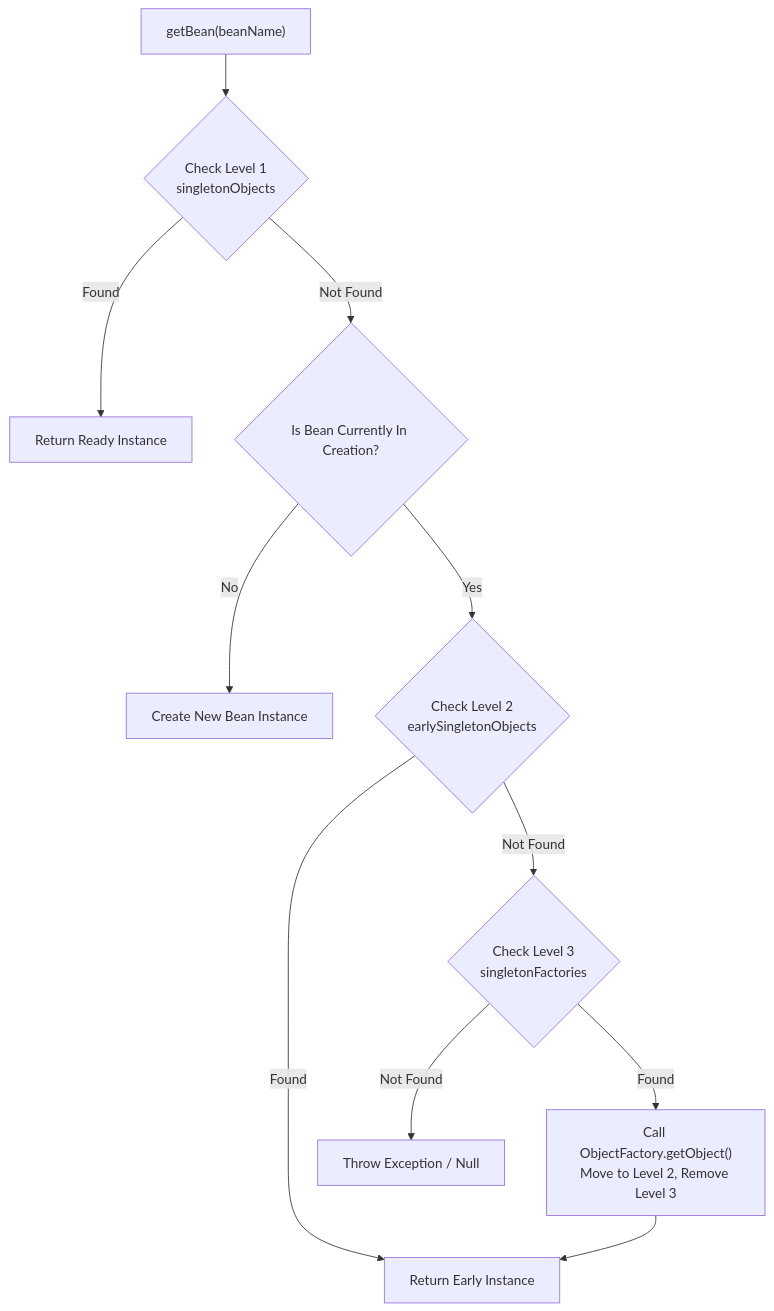
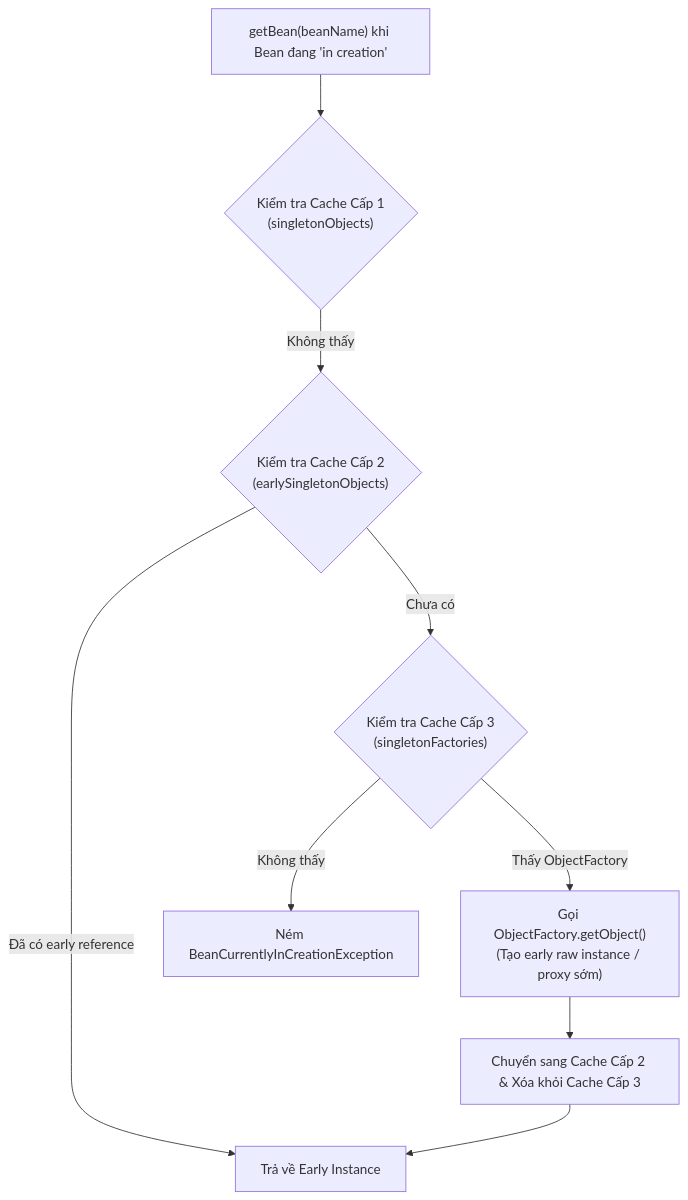
One commit to MaiTheHao/docs changed the seventh of 9 diagrams in temporary/spring_boot/001.md. Above: the diagram before and after it, drawn with Mermaid. The commit also changed other lines of this file and 6 other files, not shown here.

````diff
--- a/temporary/spring_boot/001.md
+++ b/temporary/spring_boot/001.md
@@ -451,16 +501,14 @@
 ```mermaid
 flowchart TD
-    accTitle: Three Level Cache Lookup Flow
-    accDescr: Sequence of checking cache levels to retrieve or resolve a singleton bean instance.
+    accTitle: Circular Dependency Cache Lookup Flow
+    accDescr: Simplified sequence of checking 3-level cache to resolve circular dependency between beans.
 
-    reqNode["getBean(beanName)"] --> lvl1Node{"Check Level 1<br/>singletonObjects"}
-    lvl1Node -- "Found" --> returnNode["Return Ready Instance"]
-    lvl1Node -- "Not Found" --> checkCreating{"Is Bean Currently In Creation?"}
-    checkCreating -- "No" --> createNode["Create New Bean Instance"]
-    checkCreating -- "Yes" --> lvl2Node{"Check Level 2<br/>earlySingletonObjects"}
-    lvl2Node -- "Found" --> returnEarly["Return Early Instance"]
-    lvl2Node -- "Not Found" --> lvl3Node{"Check Level 3<br/>singletonFactories"}
-    lvl3Node -- "Found" --> genNode["Call ObjectFactory.getObject()<br/>Move to Level 2, Remove Level 3"]
-    genNode --> returnEarly
-    lvl3Node -- "Not Found" --> errNode["Throw Exception / Null"]
+    reqNode["getBean(beanName) khi Bean đang 'in creation'"] --> lvl1Node{"Kiểm tra Cache Cấp 1<br/>(singletonObjects)"}
+    lvl1Node -- "Không thấy" --> lvl2Node{"Kiểm tra Cache Cấp 2<br/>(earlySingletonObjects)"}
+    lvl2Node -- "Đã có early reference" --> returnEarly["Trả về Early Instance"]
+    lvl2Node -- "Chưa có" --> lvl3Node{"Kiểm tra Cache Cấp 3<br/>(singletonFactories)"}
+    lvl3Node -- "Thấy ObjectFactory" --> genNode["Gọi ObjectFactory.getObject()<br/>(Tạo early raw instance / proxy sớm)"]
+    genNode --> promoteNode["Chuyển sang Cache Cấp 2 & Xóa khỏi Cache Cấp 3"]
+    promoteNode --> returnEarly
+    lvl3Node -- "Không thấy" --> errNode["Ném BeanCurrentlyInCreationException"]
 ```
````
